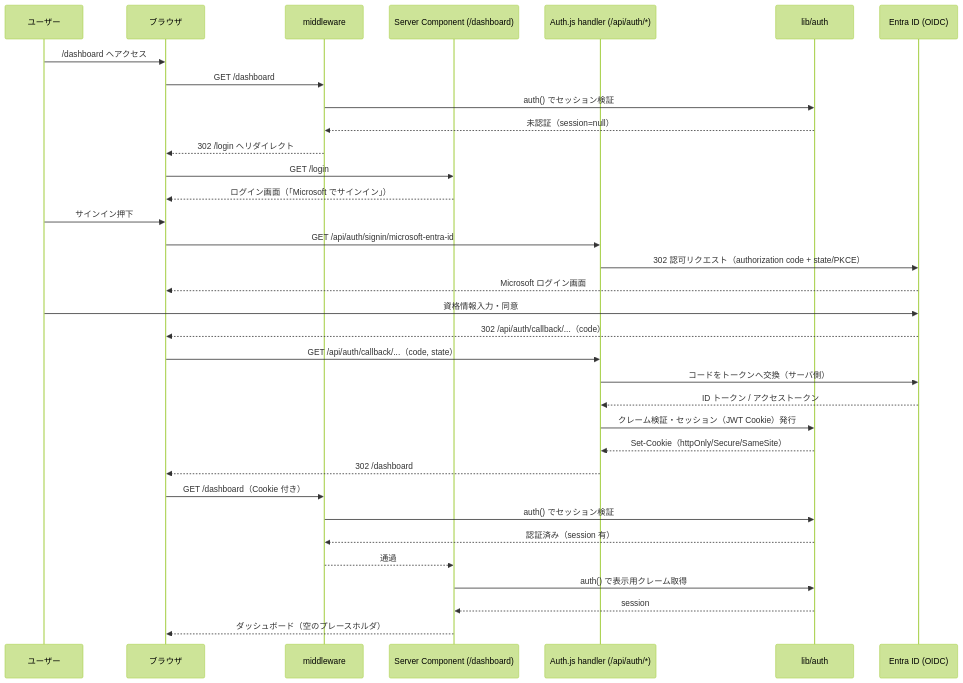
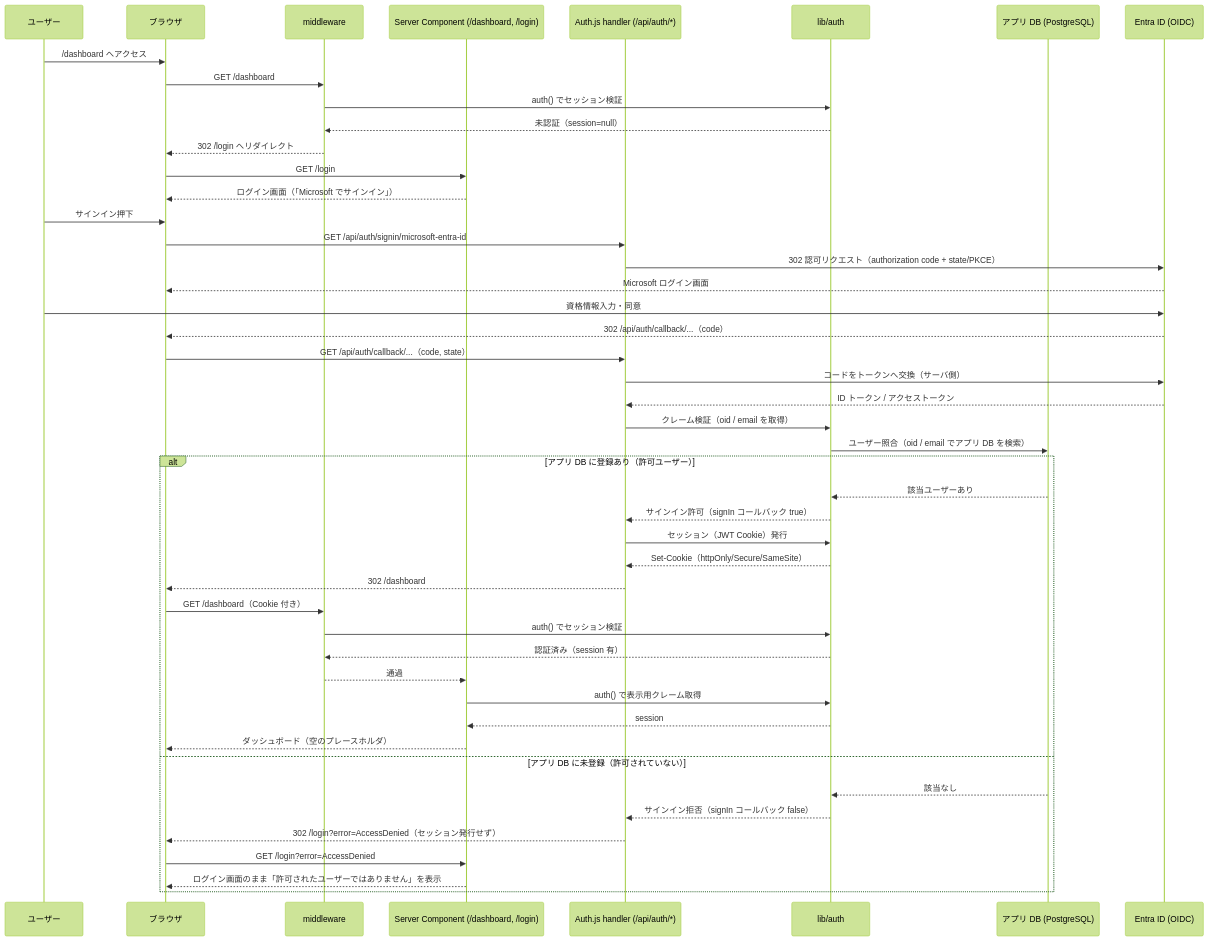
The first of 2 diagrams in docs/design/31/sequence.md (nohara-kengo/reader-eval), drawn with Mermaid (forest theme) before and after one commit. The commit also changed other lines of this file and 14 other files, not shown here.

````diff
--- a/docs/design/31/sequence.md
+++ b/docs/design/31/sequence.md
@@ -17,37 +20,50 @@
 ```mermaid
 sequenceDiagram
     participant U as ユーザー
     participant B as ブラウザ
     participant M as middleware
-    participant P as Server Component (/dashboard)
+    participant P as Server Component (/dashboard, /login)
     participant H as Auth.js handler (/api/auth/*)
     participant L as lib/auth
+    participant DB as アプリ DB (PostgreSQL)
     participant E as Entra ID (OIDC)
 
     U->>B: /dashboard へアクセス
     B->>M: GET /dashboard
     M->>L: auth() でセッション検証
     L-->>M: 未認証（session=null）
     M-->>B: 302 /login へリダイレクト
     B->>P: GET /login
     P-->>B: ログイン画面（「Microsoft でサインイン」）
     U->>B: サインイン押下
     B->>H: GET /api/auth/signin/microsoft-entra-id
     H->>E: 302 認可リクエスト（authorization code + state/PKCE）
     E-->>B: Microsoft ログイン画面
     U->>E: 資格情報入力・同意
     E-->>B: 302 /api/auth/callback/...（code）
     B->>H: GET /api/auth/callback/...（code, state）
     H->>E: コードをトークンへ交換（サーバ側）
     E-->>H: ID トークン / アクセストークン
-    H->>L: クレーム検証・セッション（JWT Cookie）発行
-    L-->>H: Set-Cookie（httpOnly/Secure/SameSite）
-    H-->>B: 302 /dashboard
-    B->>M: GET /dashboard（Cookie 付き）
-    M->>L: auth() でセッション検証
-    L-->>M: 認証済み（session 有）
-    M-->>P: 通過
-    P->>L: auth() で表示用クレーム取得
-    L-->>P: session
-    P-->>B: ダッシュボード（空のプレースホルダ）
+    H->>L: クレーム検証（oid / email を取得）
+    L->>DB: ユーザー照合（oid / email でアプリ DB を検索）
+    alt アプリ DB に登録あり（許可ユーザー）
+        DB-->>L: 該当ユーザーあり
+        L-->>H: サインイン許可（signIn コールバック true）
+        H->>L: セッション（JWT Cookie）発行
+        L-->>H: Set-Cookie（httpOnly/Secure/SameSite）
+        H-->>B: 302 /dashboard
+        B->>M: GET /dashboard（Cookie 付き）
+        M->>L: auth() でセッション検証
+        L-->>M: 認証済み（session 有）
+        M-->>P: 通過
+        P->>L: auth() で表示用クレーム取得
+        L-->>P: session
+        P-->>B: ダッシュボード（空のプレースホルダ）
+    else アプリ DB に未登録（許可されていない）
+        DB-->>L: 該当なし
+        L-->>H: サインイン拒否（signIn コールバック false）
+        H-->>B: 302 /login?error=AccessDenied（セッション発行せず）
+        B->>P: GET /login?error=AccessDenied
+        P-->>B: ログイン画面のまま「許可されたユーザーではありません」を表示
+    end
 ```
````
